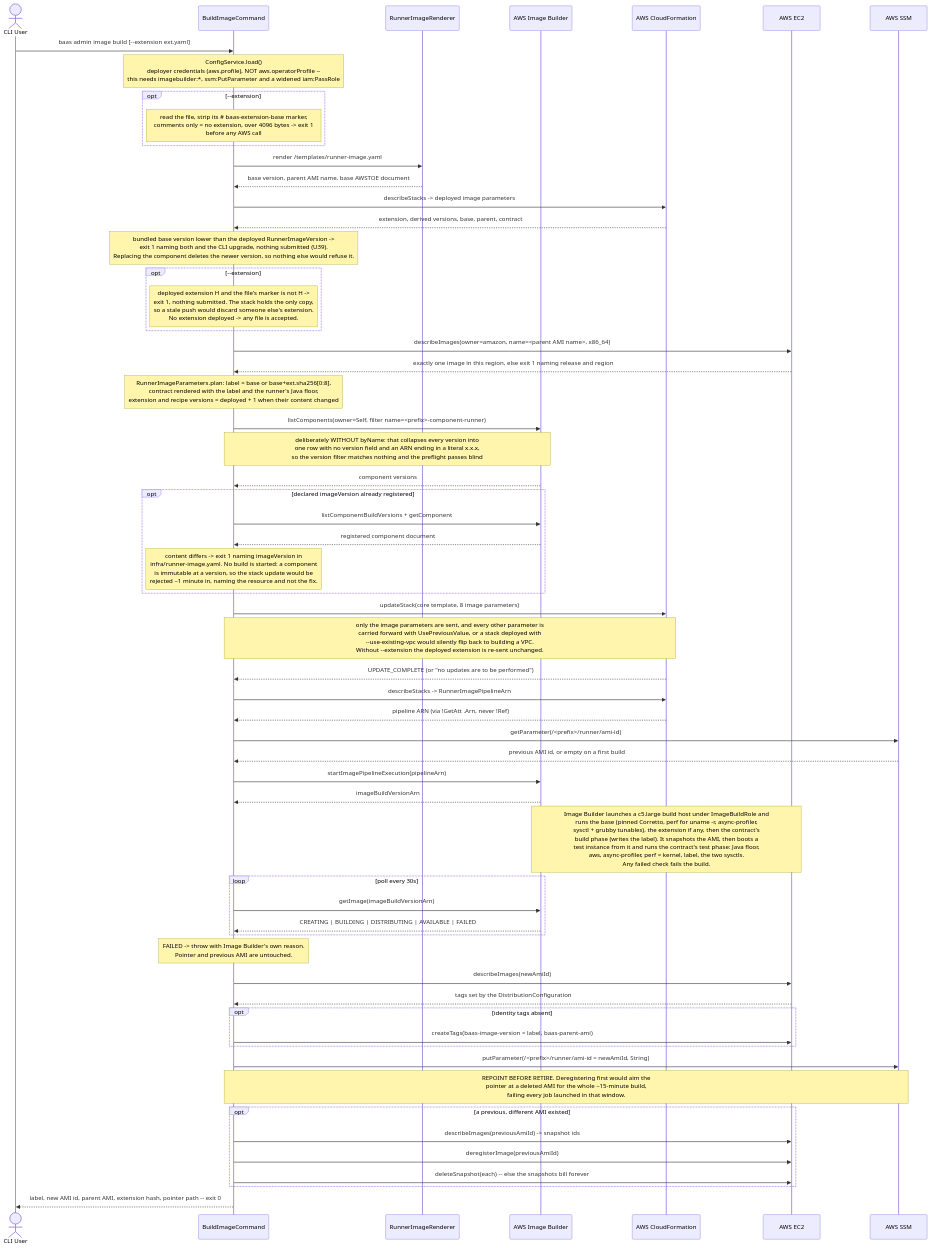
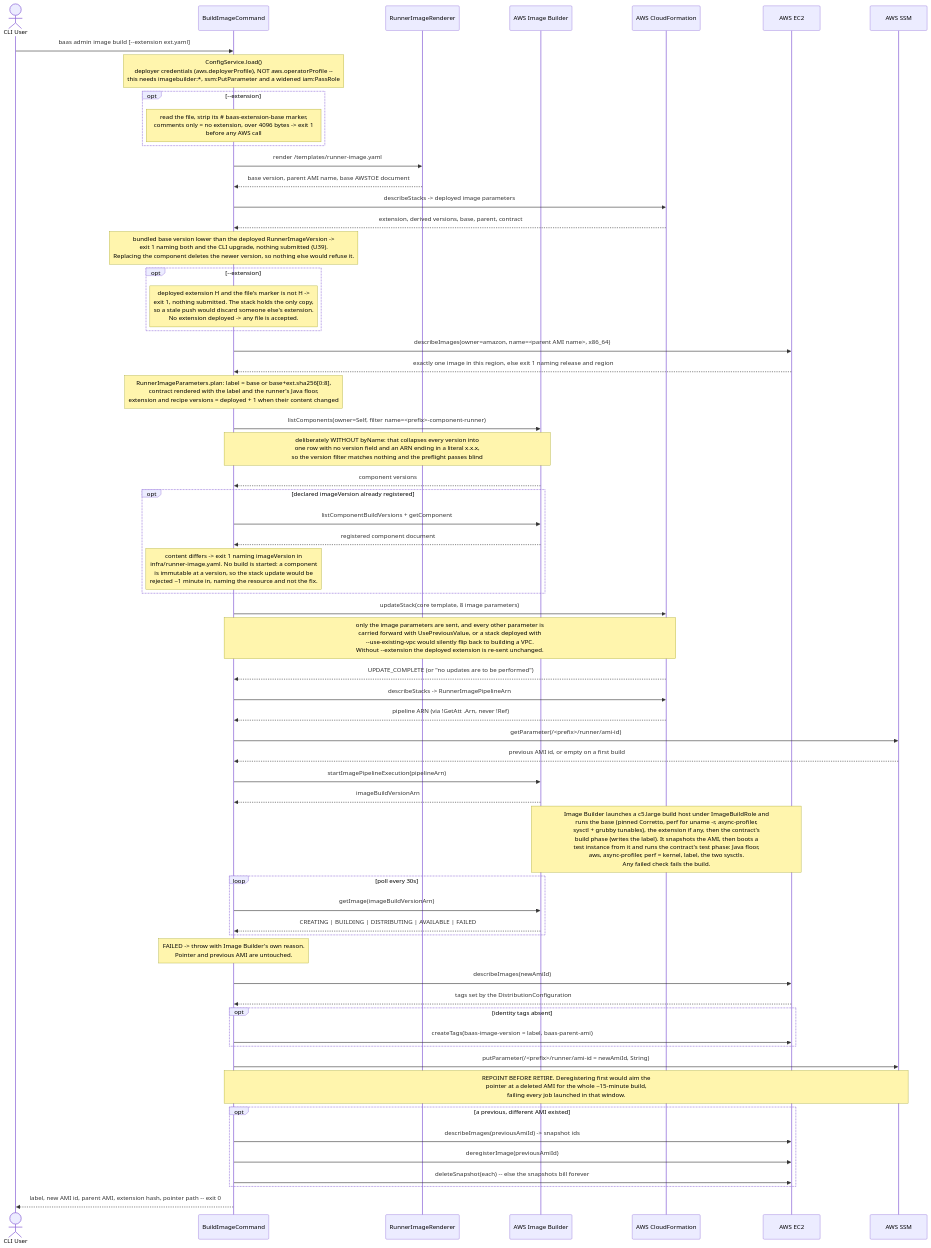
Before and after one commit to wsztajerowski/benchmark-as-a-service: the diagram in docs/diagrams/baas-build-image.mmd, drawn with Mermaid. The commit also changed 17 other files, not shown here.

```diff
--- a/docs/diagrams/baas-build-image.mmd
+++ b/docs/diagrams/baas-build-image.mmd
@@ -1,68 +1,68 @@
 sequenceDiagram
     actor User as CLI User
     participant BIC as BuildImageCommand
     participant RIR as RunnerImageRenderer
     participant IB as AWS Image Builder
     participant CF as AWS CloudFormation
     participant EC2 as AWS EC2
     participant SSM as AWS SSM
 
     User->>BIC: baas admin image build [--extension ext.yaml]
-    Note over BIC: ConfigService.load()<br/>deployer credentials (aws.profile), NOT aws.operatorProfile --<br/>this needs imagebuilder:*, ssm:PutParameter and a widened iam:PassRole
+    Note over BIC: ConfigService.load()<br/>deployer credentials (aws.deployerProfile), NOT aws.operatorProfile --<br/>this needs imagebuilder:*, ssm:PutParameter and a widened iam:PassRole
     opt --extension
         Note over BIC: read the file, strip its #35; baas-extension-base marker,<br/>comments only = no extension, over 4096 bytes -> exit 1<br/>before any AWS call
     end
     BIC->>RIR: render /templates/runner-image.yaml
     RIR-->>BIC: base version, parent AMI name, base AWSTOE document
 
     BIC->>CF: describeStacks -> deployed image parameters
     CF-->>BIC: extension, derived versions, base, parent, contract
     Note over BIC: bundled base version lower than the deployed RunnerImageVersion -><br/>exit 1 naming both and the CLI upgrade, nothing submitted (U39).<br/>Replacing the component deletes the newer version, so nothing else would refuse it.
     opt --extension
         Note over BIC: deployed extension H and the file's marker is not H -><br/>exit 1, nothing submitted. The stack holds the only copy,<br/>so a stale push would discard someone else's extension.<br/>No extension deployed -> any file is accepted.
     end
     BIC->>EC2: describeImages(owner=amazon, name=<parent AMI name>, x86_64)
     EC2-->>BIC: exactly one image in this region, else exit 1 naming release and region
     Note over BIC: RunnerImageParameters.plan: label = base or base+ext.sha256[0:8],<br/>contract rendered with the label and the runner's Java floor,<br/>extension and recipe versions = deployed + 1 when their content changed
 
     BIC->>IB: listComponents(owner=Self, filter name=<prefix>-component-runner)
     Note over BIC,IB: deliberately WITHOUT byName: that collapses every version into<br/>one row with no version field and an ARN ending in a literal x.x.x,<br/>so the version filter matches nothing and the preflight passes blind
     IB-->>BIC: component versions
     opt declared imageVersion already registered
         BIC->>IB: listComponentBuildVersions + getComponent
         IB-->>BIC: registered component document
         Note over BIC: content differs -> exit 1 naming imageVersion in<br/>infra/runner-image.yaml. No build is started: a component<br/>is immutable at a version, so the stack update would be<br/>rejected ~1 minute in, naming the resource and not the fix.
     end
 
     BIC->>CF: updateStack(core template, 8 image parameters)
     Note over BIC,CF: only the image parameters are sent, and every other parameter is<br/>carried forward with UsePreviousValue, or a stack deployed with<br/>--use-existing-vpc would silently flip back to building a VPC.<br/>Without --extension the deployed extension is re-sent unchanged.
     CF-->>BIC: UPDATE_COMPLETE (or "no updates are to be performed")
     BIC->>CF: describeStacks -> RunnerImagePipelineArn
     CF-->>BIC: pipeline ARN (via !GetAtt .Arn, never !Ref)
 
     BIC->>SSM: getParameter(/<prefix>/runner/ami-id)
     SSM-->>BIC: previous AMI id, or empty on a first build
 
     BIC->>IB: startImagePipelineExecution(pipelineArn)
     IB-->>BIC: imageBuildVersionArn
     Note over IB,EC2: Image Builder launches a c5.large build host under ImageBuildRole and<br/>runs the base (pinned Corretto, perf for uname -r, async-profiler,<br/>sysctl + grubby tunables), the extension if any, then the contract's<br/>build phase (writes the label). It snapshots the AMI, then boots a<br/>test instance from it and runs the contract's test phase: Java floor,<br/>aws, async-profiler, perf = kernel, label, the two sysctls.<br/>Any failed check fails the build.
     loop poll every 30s
         BIC->>IB: getImage(imageBuildVersionArn)
         IB-->>BIC: CREATING | BUILDING | DISTRIBUTING | AVAILABLE | FAILED
     end
     Note over BIC: FAILED -> throw with Image Builder's own reason.<br/>Pointer and previous AMI are untouched.
 
     BIC->>EC2: describeImages(newAmiId)
     EC2-->>BIC: tags set by the DistributionConfiguration
     opt identity tags absent
         BIC->>EC2: createTags(baas-image-version = label, baas-parent-ami)
     end
 
     BIC->>SSM: putParameter(/<prefix>/runner/ami-id = newAmiId, String)
     Note over BIC,SSM: REPOINT BEFORE RETIRE. Deregistering first would aim the<br/>pointer at a deleted AMI for the whole ~15-minute build,<br/>failing every job launched in that window.
     opt a previous, different AMI existed
         BIC->>EC2: describeImages(previousAmiId) -> snapshot ids
         BIC->>EC2: deregisterImage(previousAmiId)
         BIC->>EC2: deleteSnapshot(each) -- else the snapshots bill forever
     end
     BIC-->>User: label, new AMI id, parent AMI, extension hash, pointer path -- exit 0
```
